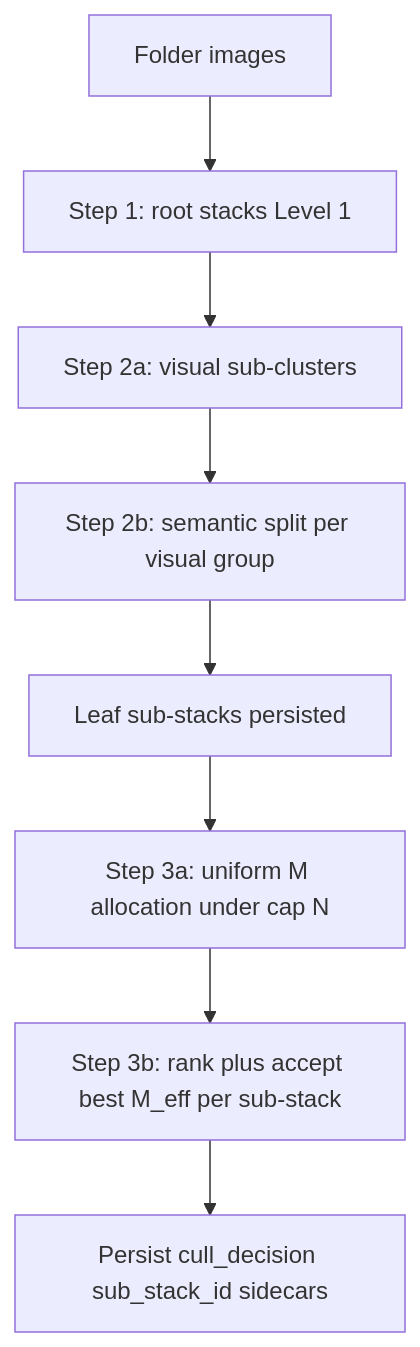
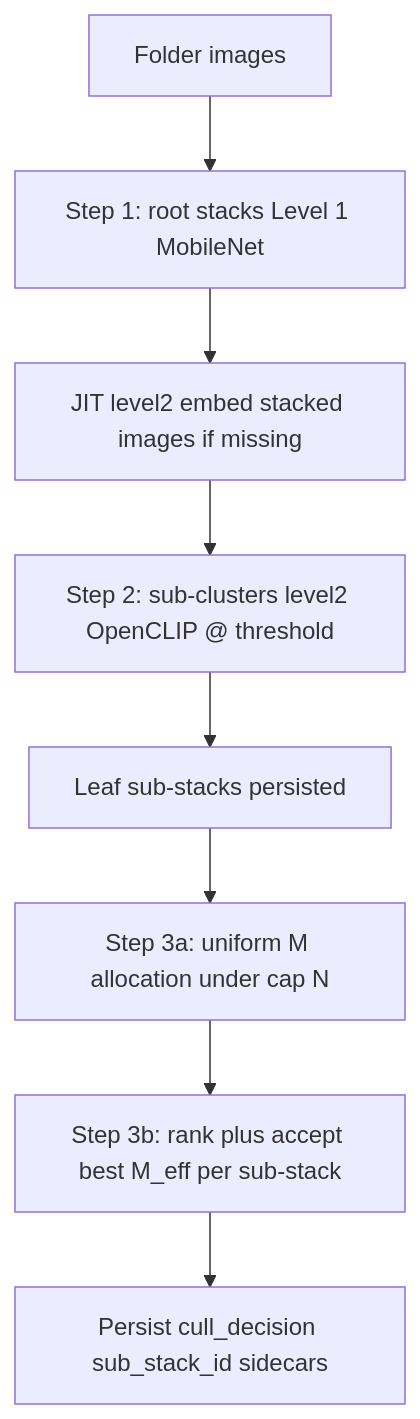
One commit to synthet/image-scoring-pipeline changed the diagram in docs/features/planned/embeddings/two-level-culling.md. Above: the diagram before and after it, drawn with Mermaid. The commit also changed other lines of this file and 66 other files, not shown here.

````diff
--- a/docs/features/planned/embeddings/two-level-culling.md
+++ b/docs/features/planned/embeddings/two-level-culling.md
@@ -21,10 +21,10 @@
 ```mermaid
 flowchart TD
-  imgs[Folder images] --> s1["Step 1: root stacks Level 1"]
-  s1 --> s2a["Step 2a: visual sub-clusters"]
-  s2a --> s2b["Step 2b: semantic split per visual group"]
-  s2b --> leaves[Leaf sub-stacks persisted]
+  imgs[Folder images] --> s1["Step 1: root stacks Level 1 MobileNet"]
+  s1 --> jit["JIT level2 embed stacked images if missing"]
+  jit --> s2["Step 2: sub-clusters level2 OpenCLIP @ threshold"]
+  s2 --> leaves[Leaf sub-stacks persisted]
   leaves --> alloc["Step 3a: uniform M allocation under cap N"]
   alloc --> pick["Step 3b: rank plus accept best M_eff per sub-stack"]
   pick --> persist["Persist cull_decision sub_stack_id sidecars"]
 ```
````
